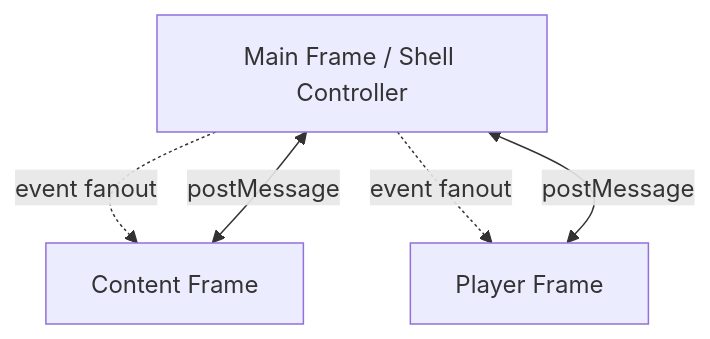
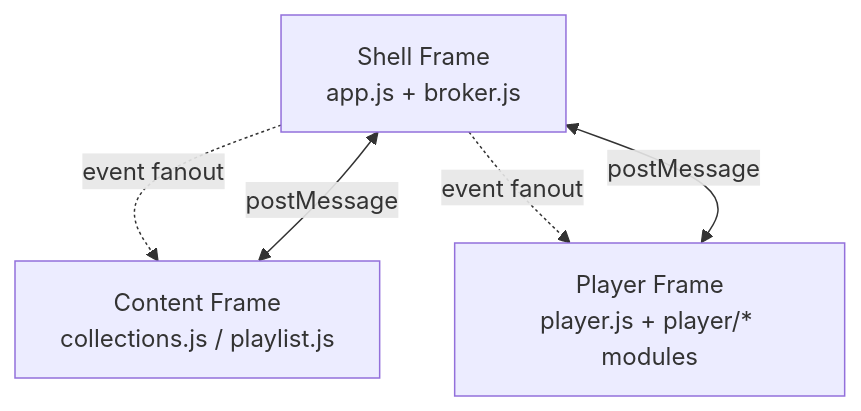
One commit to mode777/trackify changed the diagram in ui.md. Above: the diagram before and after it, drawn with Mermaid. The commit also changed other lines of this file and 2 other files, not shown here.

````diff
--- a/ui.md
+++ b/ui.md
@@ -15,12 +25,12 @@
 ```mermaid
 flowchart TD
-    Shell[Main Frame / Shell Controller]
-    Content[Content Frame]
-    Player[Player Frame]
+    Shell[Shell Frame<br/>app.js + broker.js]
+    Content[Content Frame<br/>collections.js / playlist.js]
+    Player[Player Frame<br/>player.js + player/* modules]
 
     Content <-- postMessage --> Shell
-    Player <-- postMessage --> Shell
+    Player  <-- postMessage --> Shell
 
     Shell -. event fanout .-> Content
     Shell -. event fanout .-> Player
 ```
````
